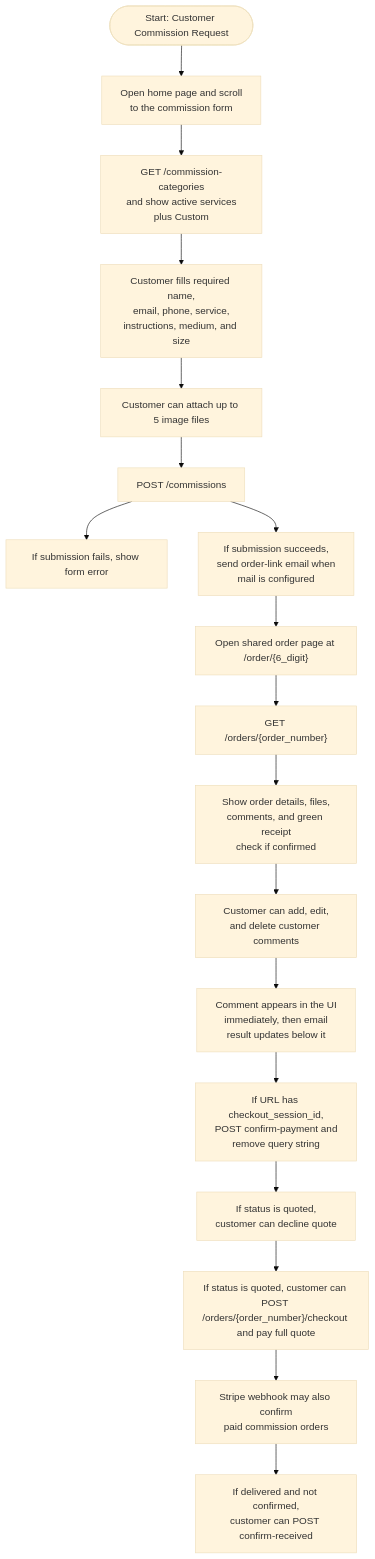
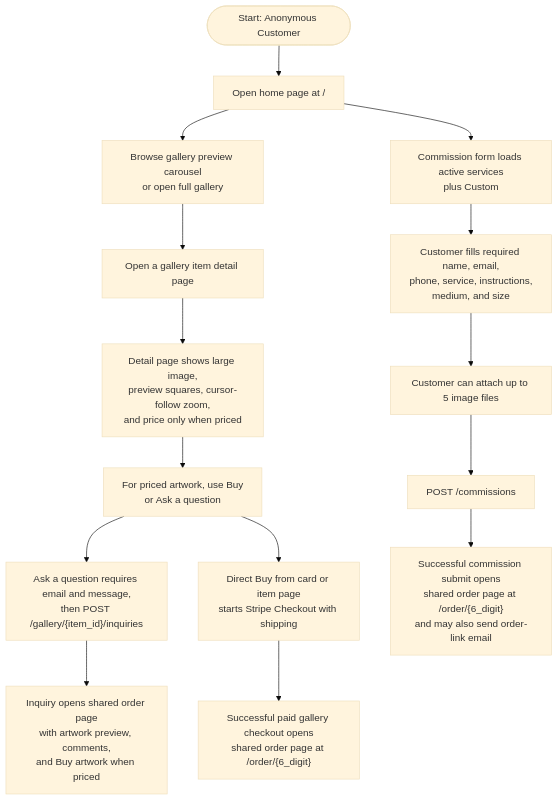
Before and after one commit to david-lytikainen/SAS: the fourth of 5 diagrams in 0_KC/flowchart.md, drawn with Mermaid (base theme). The commit also changed other lines of this file and 6 other files, not shown here.

Commit message:
Refresh KC flowcharts

````diff
--- a/0_KC/flowchart.md
+++ b/0_KC/flowchart.md
@@ -39,25 +75,23 @@
 ```mermaid
 flowchart TB
-  B0([Start: Customer Commission Request])
-  B1["Open home page and scroll<br/>to the commission form"]
-  B2["GET /commission-categories<br/>and show active services<br/>plus Custom"]
-  B3["Customer fills required name,<br/>email, phone, service,<br/>instructions, medium, and size"]
-  B4[Customer can attach up to 5 image files]
-  B5[POST /commissions]
-  B6[If submission fails, show form error]
-  B7["If submission succeeds,<br/>send order-link email when<br/>mail is configured"]
-  B8["Open shared order page at /order/{6_digit}"]
-  B9["GET /orders/{order_number}"]
-  B10["Show order details, files,<br/>comments, and green receipt<br/>check if confirmed"]
-  B11["Customer can add, edit,<br/>and delete customer comments"]
-  B12["Comment appears in the UI<br/>immediately, then email<br/>result updates below it"]
-  B13["If URL has checkout_session_id,<br/>POST confirm-payment and<br/>remove query string"]
-  B14["If status is quoted,<br/>customer can decline quote"]
-  B15["If status is quoted, customer can POST /orders/{order_number}/checkout and pay full quote"]
-  B16["Stripe webhook may also confirm<br/>paid commission orders"]
-  B17["If delivered and not confirmed,<br/>customer can POST confirm-received"]
+  C0([Start: Anonymous Customer])
+  C1["Open home page at /"]
+  C2["Browse gallery preview carousel<br/>or open full gallery"]
+  C3["Open a gallery item detail page"]
+  C4["Detail page shows large image,<br/>preview squares, cursor-follow zoom,<br/>and price only when priced"]
+  C5["For priced artwork, use Buy<br/>or Ask a question"]
+  C6["Ask a question requires email and message,<br/>then POST /gallery/{item_id}/inquiries"]
+  C7["Inquiry opens shared order page<br/>with artwork preview, comments,<br/>and Buy artwork when priced"]
+  C8["Direct Buy from card or item page<br/>starts Stripe Checkout with shipping"]
+  C9["Successful paid gallery checkout opens<br/>shared order page at /order/{6_digit}"]
+  C10["Commission form loads active services<br/>plus Custom"]
+  C11["Customer fills required name, email,<br/>phone, service, instructions,<br/>medium, and size"]
+  C12["Customer can attach up to 5 image files"]
+  C13["POST /commissions"]
+  C14["Successful commission submit opens<br/>shared order page at /order/{6_digit}<br/>and may also send order-link email"]
 
-  B0 --> B1 --> B2 --> B3 --> B4 --> B5
-  B5 --> B6
-  B5 --> B7 --> B8 --> B9 --> B10 --> B11 --> B12 --> B13 --> B14 --> B15 --> B16 --> B17
+  C0 --> C1 --> C2 --> C3 --> C4 --> C5
+  C5 --> C6 --> C7
+  C5 --> C8 --> C9
+  C1 --> C10 --> C11 --> C12 --> C13 --> C14
 ```
````
